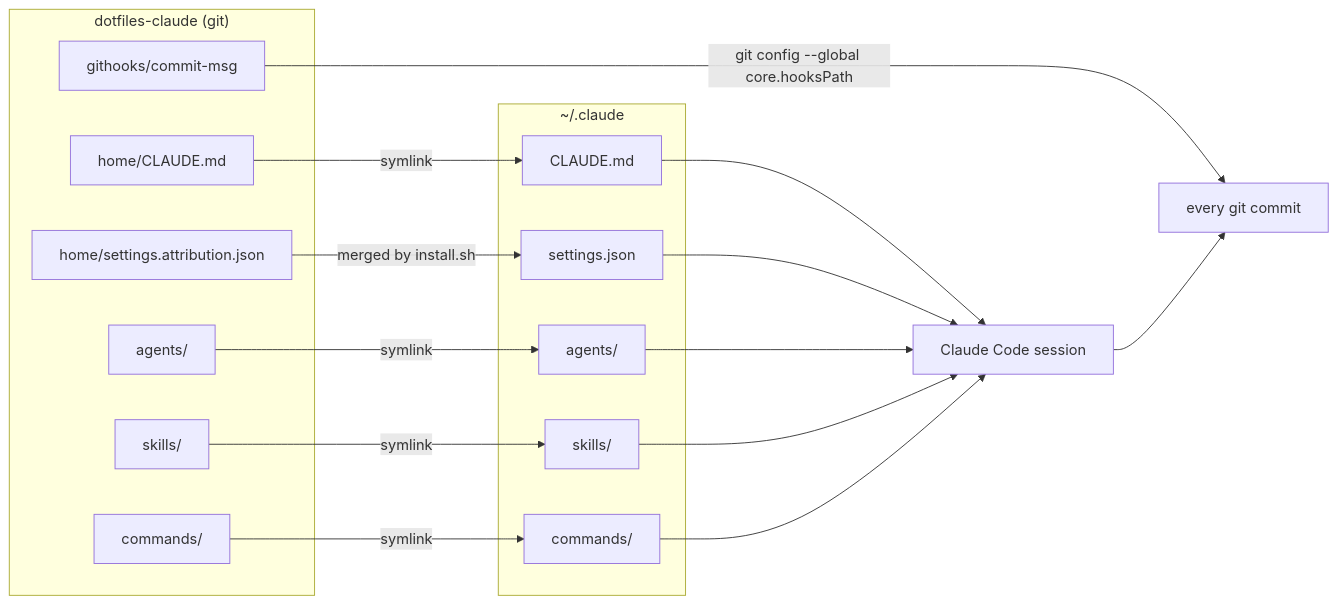
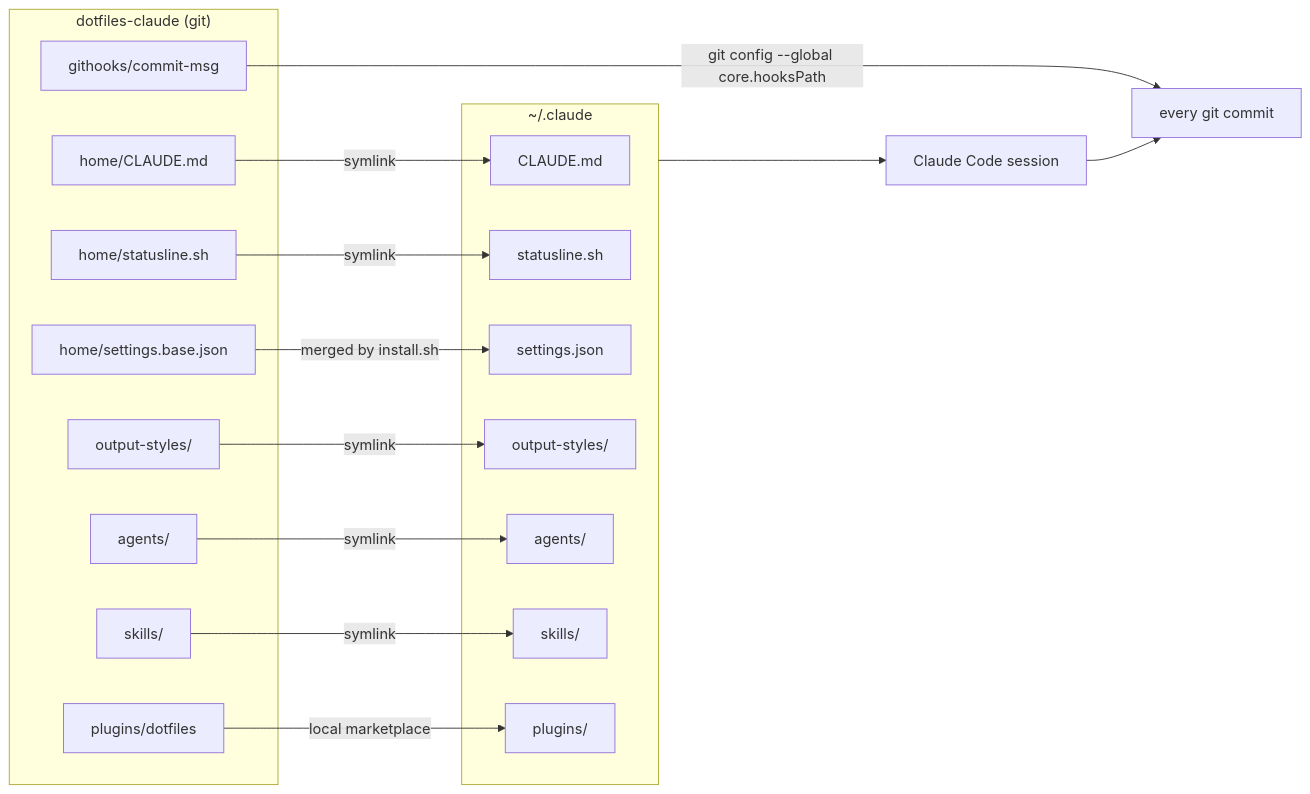
One commit to mjebalidev/dotfiles-claude changed the diagram in README.md. Above: the diagram before and after it, drawn with Mermaid. The commit also changed other lines of this file, not shown here.

````diff
--- a/README.md
+++ b/README.md
@@ -9,33 +10,35 @@
 ```mermaid
 flowchart LR
     subgraph repo["dotfiles-claude (git)"]
         md["home/CLAUDE.md"]
-        frag["home/settings.attribution.json"]
+        sl["home/statusline.sh"]
+        frag["home/settings.base.json"]
+        os["output-styles/"]
         ag["agents/"]
         sk["skills/"]
-        cmd["commands/"]
+        pl["plugins/dotfiles"]
         gh["githooks/commit-msg"]
     end
 
     subgraph home["~/.claude"]
         hmd["CLAUDE.md"]
+        hsl["statusline.sh"]
         hset["settings.json"]
+        hos["output-styles/"]
         hag["agents/"]
         hsk["skills/"]
-        hcmd["commands/"]
+        hpl["plugins/"]
     end
 
     md -->|symlink| hmd
+    sl -->|symlink| hsl
+    os -->|symlink| hos
     ag -->|symlink| hag
     sk -->|symlink| hsk
-    cmd -->|symlink| hcmd
     frag -->|"merged by install.sh"| hset
+    pl -->|"local marketplace"| hpl
     gh -->|"git config --global core.hooksPath"| git["every git commit"]
 
-    hmd --> sess["Claude Code session"]
-    hset --> sess
-    hag --> sess
-    hsk --> sess
-    hcmd --> sess
+    home --> sess["Claude Code session"]
     sess --> git
 ```
````
